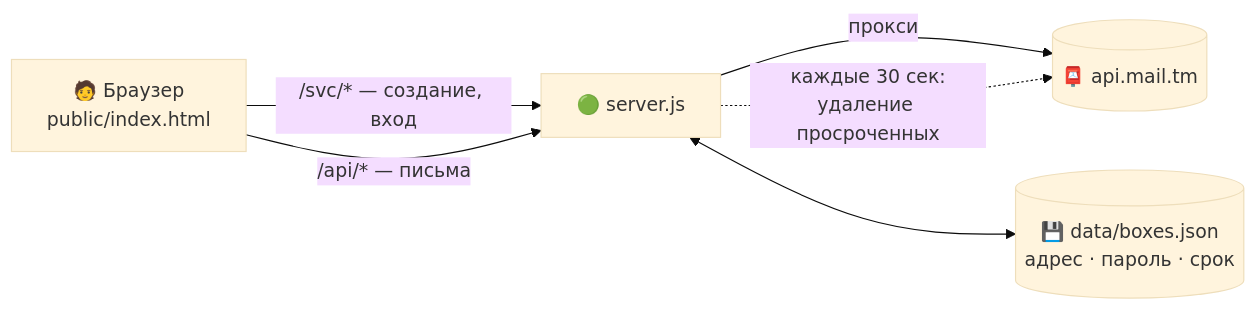
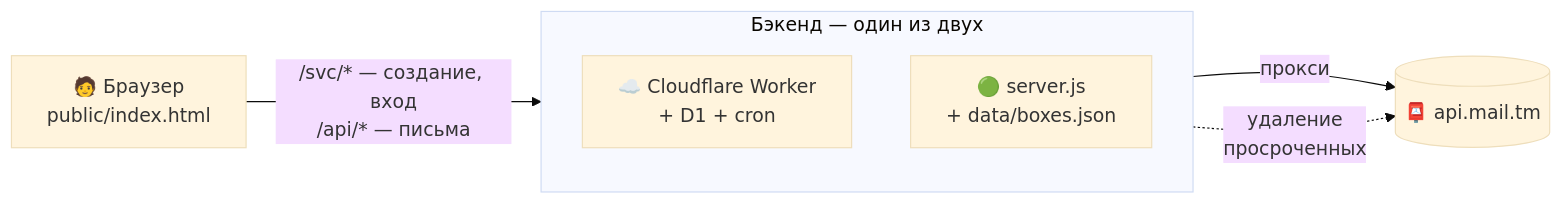
The diagram in README.md (wilberods-coder/temp-mail), drawn with Mermaid (base theme) before and after one commit. The commit also changed other lines of this file and 9 other files, not shown here.

First line of the commit message:
Add Cloudflare Worker backend and GitHub Pages deploy

````diff
--- a/README.md
+++ b/README.md
@@ -117,8 +140,10 @@
 ```mermaid
 flowchart LR
-    U["🧑 Браузер<br/>public/index.html"] -- "/svc/* — создание, вход" --> S["🟢 server.js"]
-    U -- "/api/* — письма" --> S
-    S -- "прокси" --> M[("📮 api.mail.tm")]
-    S -. "каждые 30 сек:<br/>удаление просроченных" .-> M
-    S <--> D[("💾 data/boxes.json<br/>адрес · пароль · срок")]
+    U["🧑 Браузер<br/>public/index.html"] -- "/svc/* — создание, вход<br/>/api/* — письма" --> B
+    subgraph B ["Бэкенд — один из двух"]
+        W["☁️ Cloudflare Worker<br/>+ D1 + cron"]
+        S["🟢 server.js<br/>+ data/boxes.json"]
+    end
+    B -- "прокси" --> M[("📮 api.mail.tm")]
+    B -. "удаление<br/>просроченных" .-> M
 ```
````
